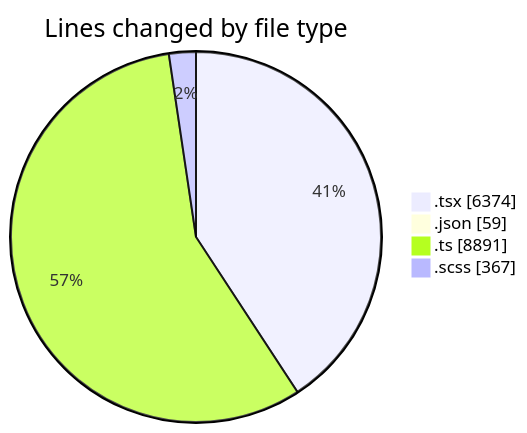
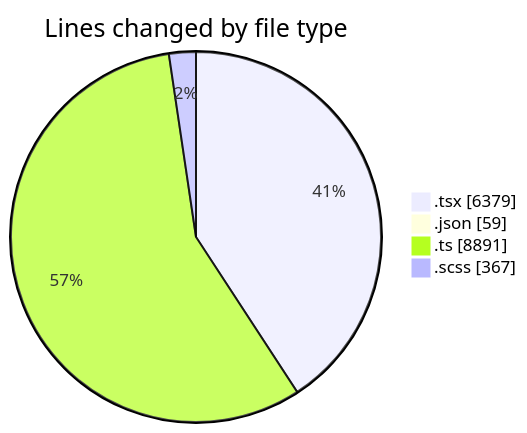
One commit to momahboobian/code-tracking changed the first of 2 diagrams in 2025-11-24/cda/README.md. Above: the diagram before and after it, drawn with Mermaid. The commit also changed other lines of this file and 1 other file, not shown here.

````diff
--- a/2025-11-24/cda/README.md
+++ b/2025-11-24/cda/README.md
@@ -39,8 +39,8 @@
 ```mermaid
 pie showData
 title Lines changed by file type
-".tsx" : 6374
+".tsx" : 6379
 ".json" : 59
 ".ts" : 8891
 ".scss" : 367
 ```
````
